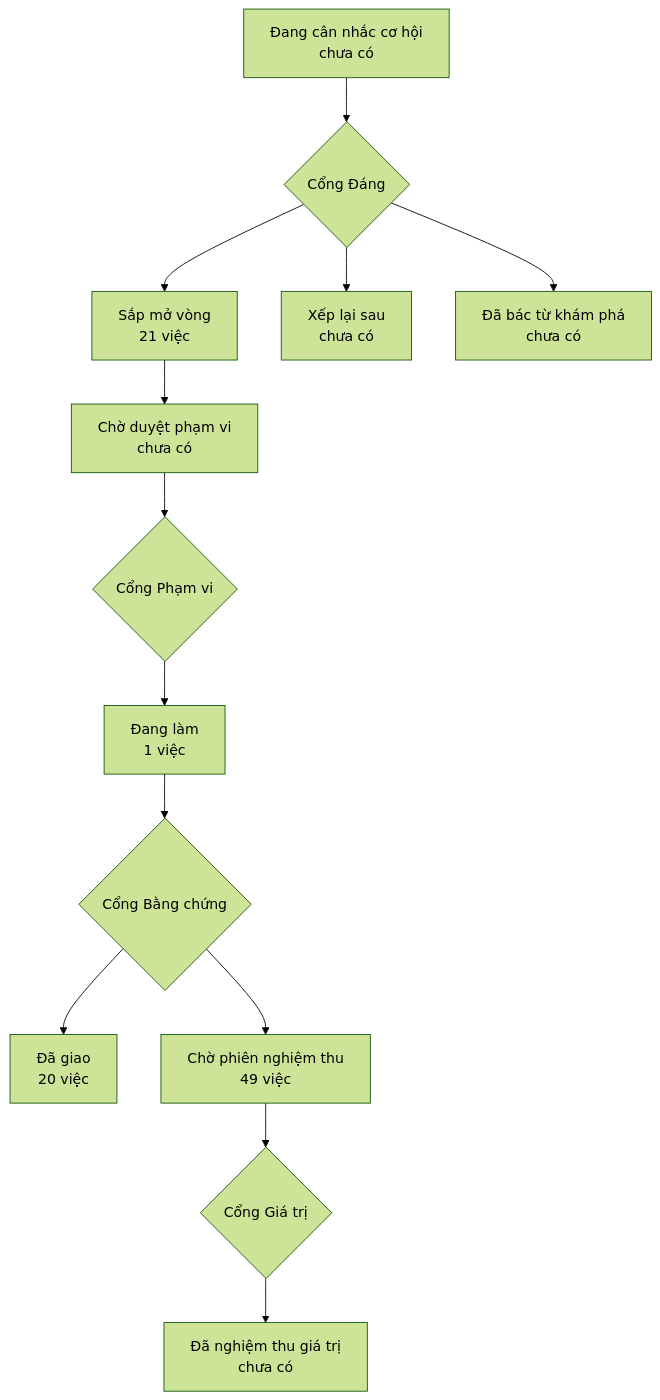
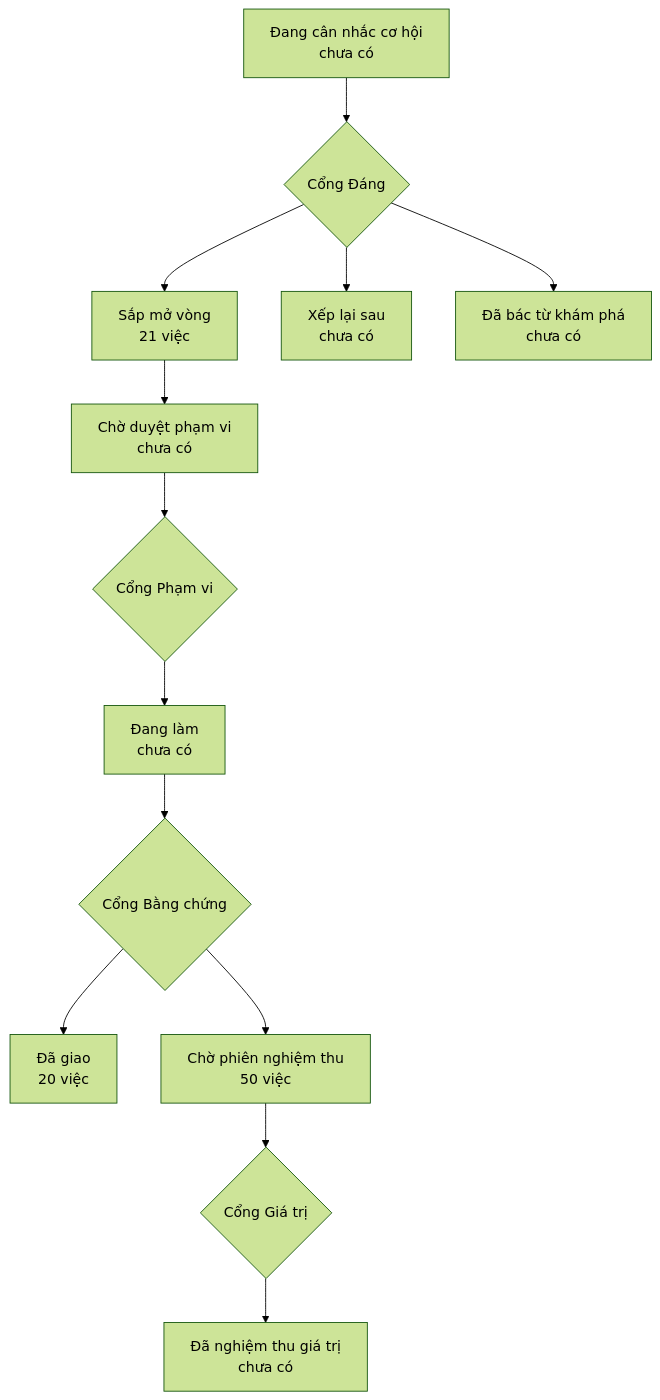
One commit to phanlemanh/onehub-quy-hang changed the diagram in PRODUCT-MAP.md. Above: the diagram before and after it, drawn with Mermaid (forest theme). The commit also changed other lines of this file and 4 other files, not shown here.

````diff
--- a/PRODUCT-MAP.md
+++ b/PRODUCT-MAP.md
@@ -7,12 +7,12 @@
 ```mermaid
 flowchart TD
   A["Đang cân nhắc cơ hội<br/>chưa có"] --> GD{"Cổng Đáng"}
   GD --> B["Sắp mở vòng<br/>21 việc"]
   GD --> XL["Xếp lại sau<br/>chưa có"]
   GD --> DB["Đã bác từ khám phá<br/>chưa có"]
   B --> CD["Chờ duyệt phạm vi<br/>chưa có"] --> GP{"Cổng Phạm vi"}
-  GP --> DL["Đang làm<br/>1 việc"] --> GB{"Cổng Bằng chứng"}
+  GP --> DL["Đang làm<br/>chưa có"] --> GB{"Cổng Bằng chứng"}
   GB --> DG["Đã giao<br/>20 việc"]
-  GB --> CN["Chờ phiên nghiệm thu<br/>49 việc"] --> GG{"Cổng Giá trị"}
+  GB --> CN["Chờ phiên nghiệm thu<br/>50 việc"] --> GG{"Cổng Giá trị"}
   GG --> NT["Đã nghiệm thu giá trị<br/>chưa có"]
 ```
````
